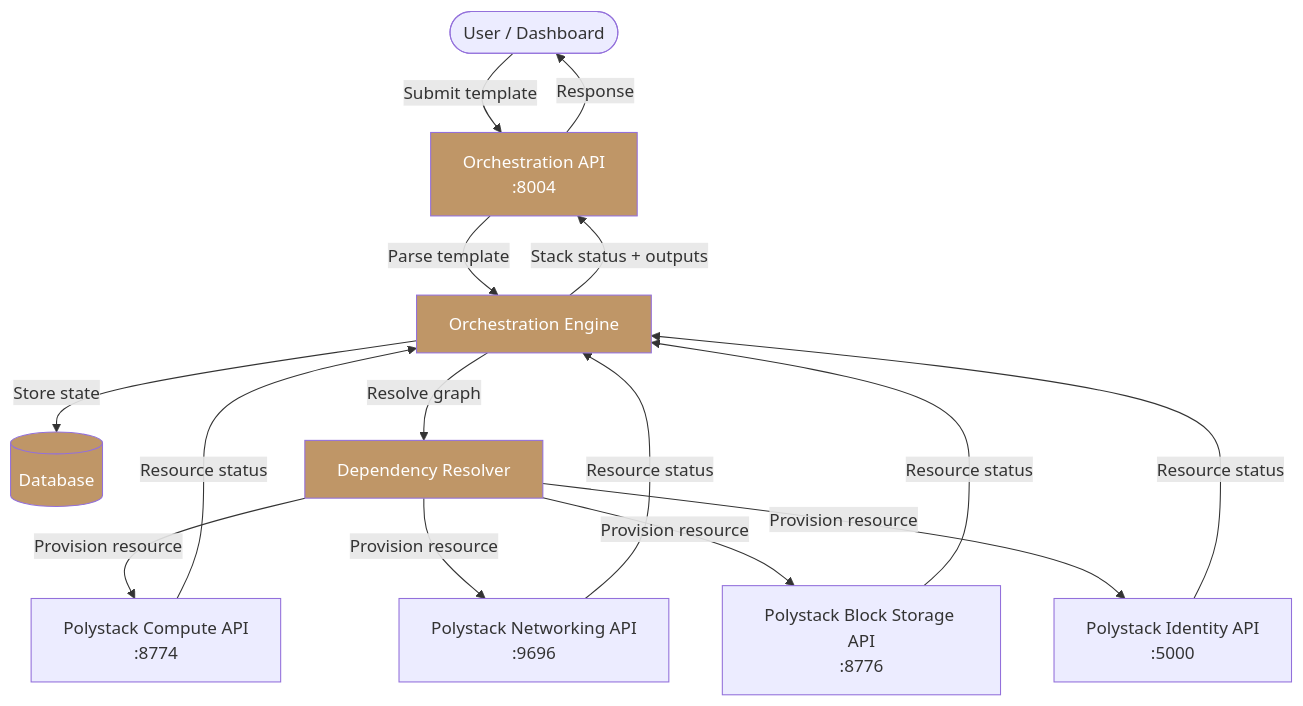
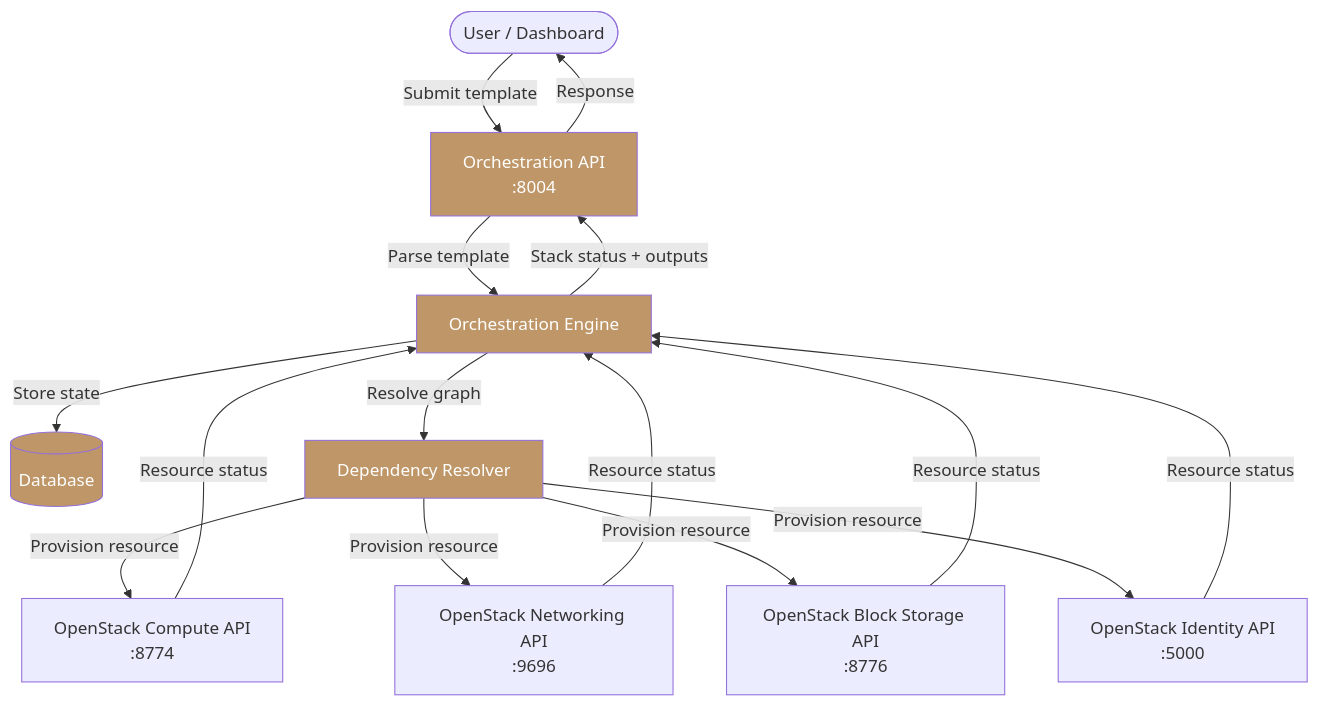
One commit to ankur-kumar87/docs-polystack changed the first of 2 diagrams in services/orchestration/architecture.mdx. Above: the diagram before and after it, drawn with Mermaid. The commit also changed 19 other files, not shown here.

Commit message:
docs: rename API references to OpenStack

````diff
--- a/services/orchestration/architecture.mdx
+++ b/services/orchestration/architecture.mdx
@@ -23,18 +23,18 @@
 ```mermaid
 graph TD
     U([User / Dashboard]) -->|Submit template| API[Orchestration API<br/>:8004]
     API -->|Parse template| ENG[Orchestration Engine]
     ENG -->|Store state| DB[(Database)]
     ENG -->|Resolve graph| GRAPH[Dependency Resolver]
-    GRAPH -->|Provision resource| COMPUTE[Polystack Compute API<br/>:8774]
-    GRAPH -->|Provision resource| NET[Polystack Networking API<br/>:9696]
-    GRAPH -->|Provision resource| STORE[Polystack Block Storage API<br/>:8776]
-    GRAPH -->|Provision resource| ID[Polystack Identity API<br/>:5000]
+    GRAPH -->|Provision resource| COMPUTE[OpenStack Compute API<br/>:8774]
+    GRAPH -->|Provision resource| NET[OpenStack Networking API<br/>:9696]
+    GRAPH -->|Provision resource| STORE[OpenStack Block Storage API<br/>:8776]
+    GRAPH -->|Provision resource| ID[OpenStack Identity API<br/>:5000]
     COMPUTE & NET & STORE & ID -->|Resource status| ENG
     ENG -->|Stack status + outputs| API
     API -->|Response| U
     style API fill:#bf9667,color:#fff
     style ENG fill:#bf9667,color:#fff
     style GRAPH fill:#bf9667,color:#fff
     style DB fill:#bf9667,color:#fff
 ```
````
